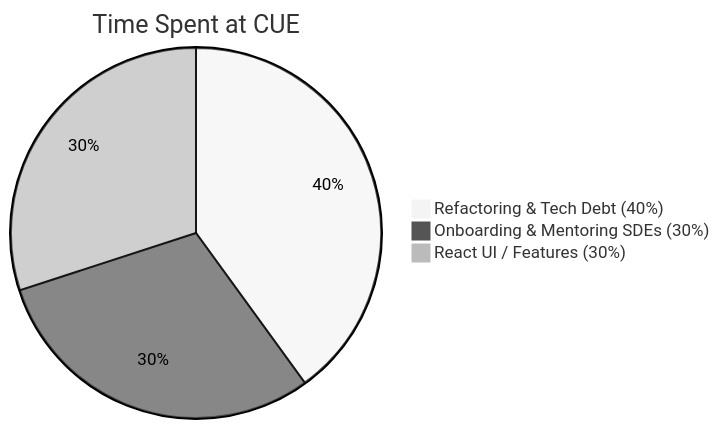
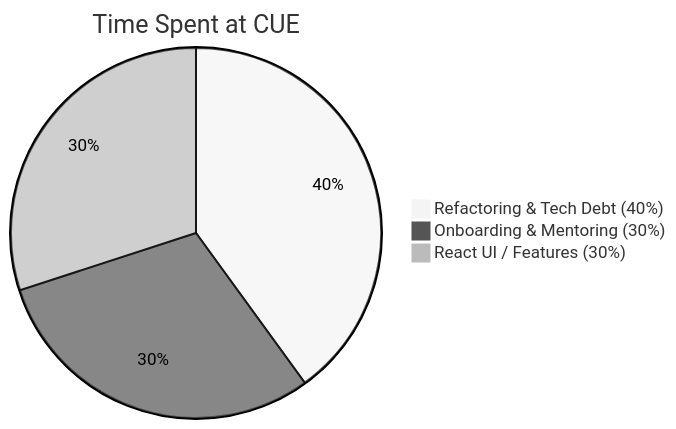
Before and after one commit to charlieargue/CUE-code-samples: the diagram in README.md, drawn with Mermaid (neutral theme). The commit also changed other lines of this file and 2 other files, not shown here.

````diff
--- a/README.md
+++ b/README.md
@@ -32,7 +32,7 @@
 ```mermaid
 pie
     title Time Spent at CUE
     "Refactoring & Tech Debt (40%)" : 40
-		"Onboarding & Mentoring SDEs (30%)" :  30
+		"Onboarding & Mentoring (30%)" :  30
 		"React UI / Features (30%)" : 30
 ```
````
